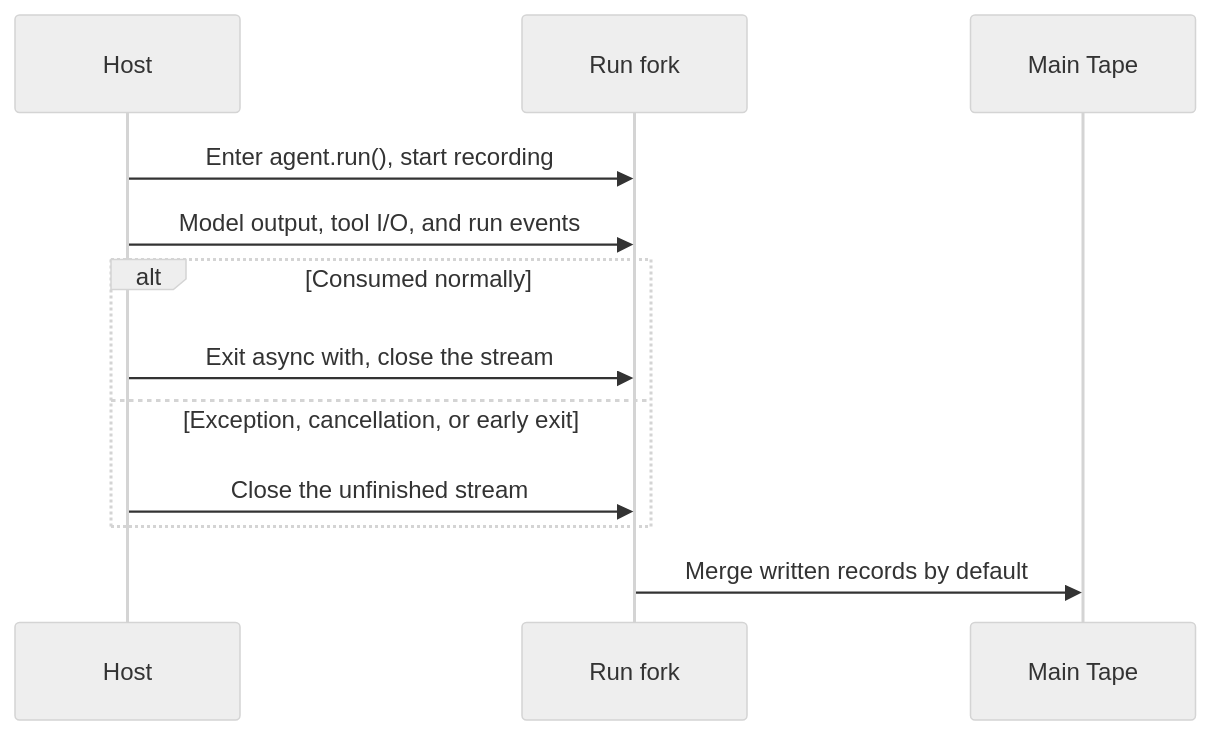
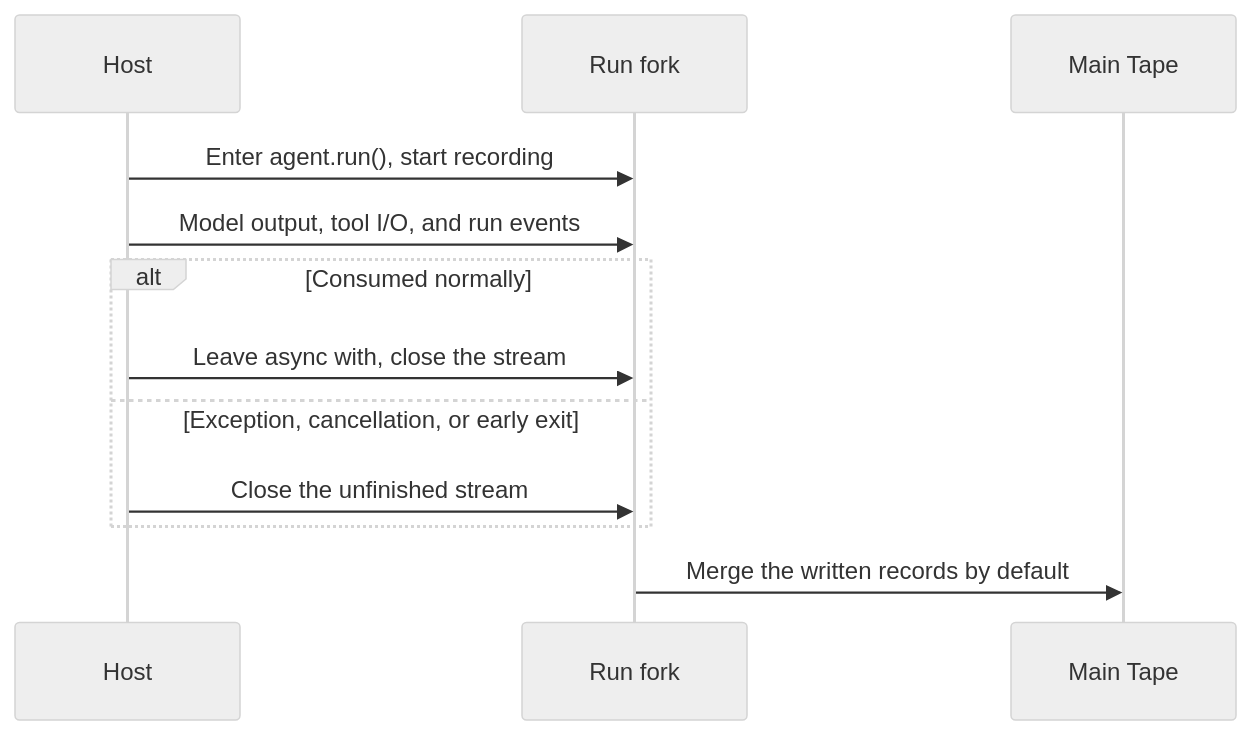
Before and after one commit to bubbuild/bub: the diagram in website/src/content/docs/docs/sdk/tape.mdx, drawn with Mermaid (neutral theme). The commit also changed other lines of this file and 44 other files, not shown here.

````diff
--- a/website/src/content/docs/docs/sdk/tape.mdx
+++ b/website/src/content/docs/docs/sdk/tape.mdx
@@ -244,14 +291,14 @@
 ```mermaid
 sequenceDiagram
     participant Host as Host
     participant Fork as Run fork
     participant Main as Main Tape
     Host->>Fork: Enter agent.run(), start recording
     Host->>Fork: Model output, tool I/O, and run events
     alt Consumed normally
-        Host->>Fork: Exit async with, close the stream
+        Host->>Fork: Leave async with, close the stream
     else Exception, cancellation, or early exit
         Host->>Fork: Close the unfinished stream
     end
-    Fork->>Main: Merge written records by default
+    Fork->>Main: Merge the written records by default
 ```
````
